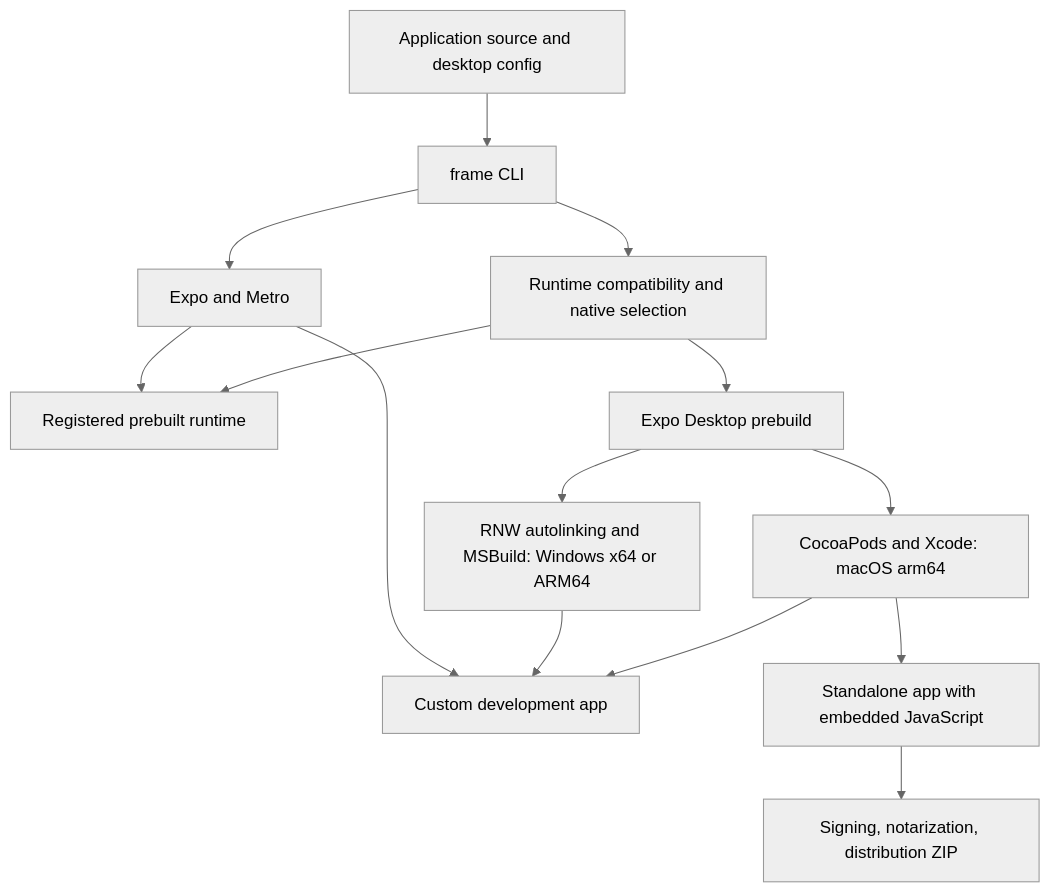
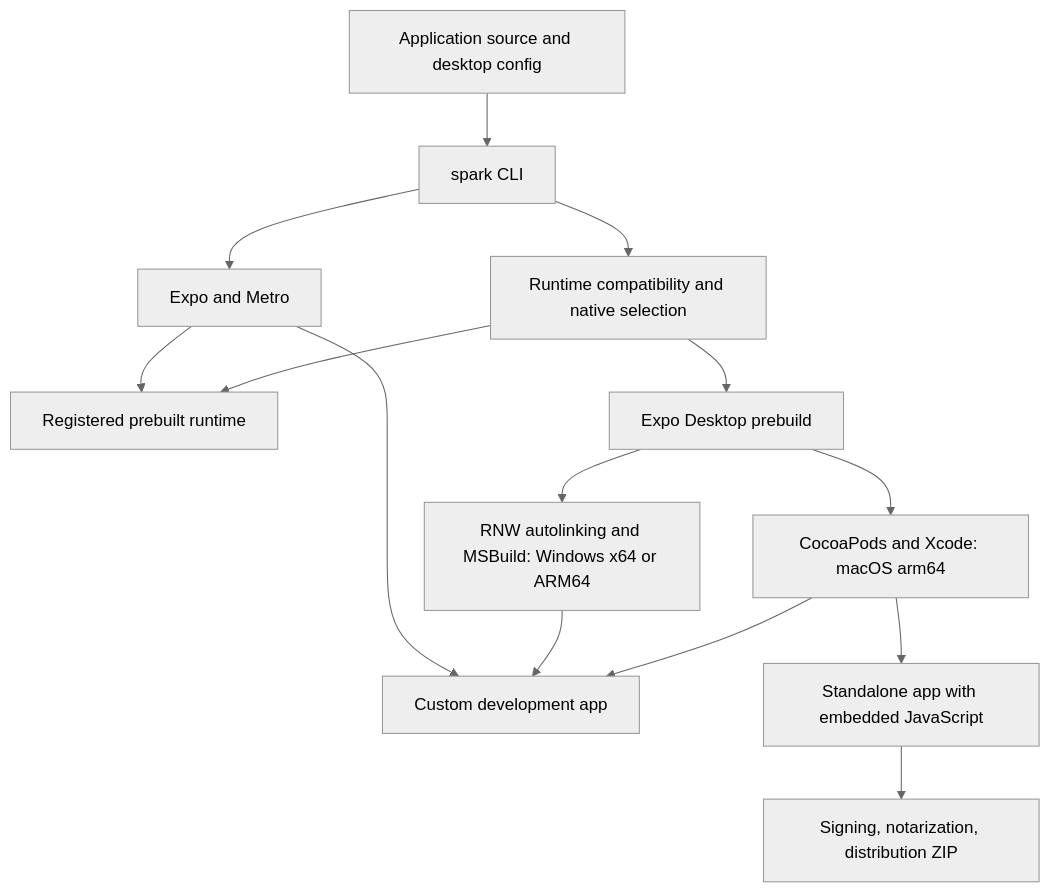
One commit to LegendApp/legend-frame changed the diagram in ARCHITECTURE.md. Above: the diagram before and after it, drawn with Mermaid (neutral theme). The commit also changed other lines of this file and 860 other files, not shown here.

First line of the commit message:
refactor!: rename Legend Frame to Legend Spark

````diff
--- a/ARCHITECTURE.md
+++ b/ARCHITECTURE.md
@@ -20,16 +20,16 @@
 ```mermaid
 flowchart TD
-  App[Application source and desktop config] --> CLI[frame CLI]
+  App[Application source and desktop config] --> CLI[spark CLI]
   CLI --> Metro[Expo and Metro]
   CLI --> Check[Runtime compatibility and native selection]
   Check --> prebuilt[Registered prebuilt runtime]
   Check --> Build[Expo Desktop prebuild]
   Build --> Mac[CocoaPods and Xcode: macOS arm64]
   Build --> Win[RNW autolinking and MSBuild: Windows x64 or ARM64]
   Mac --> Dev[Custom development app]
   Win --> Dev
   Mac --> Release[Standalone app with embedded JavaScript]
   Metro --> prebuilt
   Metro --> Dev
   Release --> Package[Signing, notarization, distribution ZIP]
 ```
````
